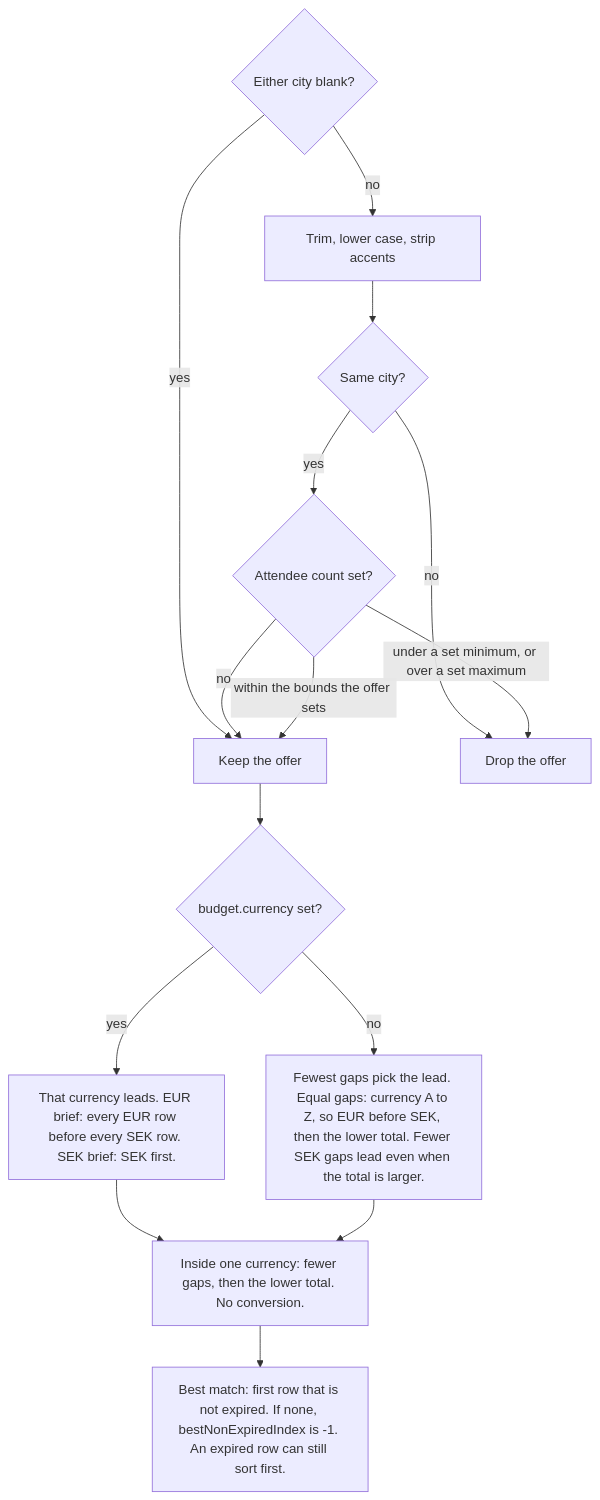
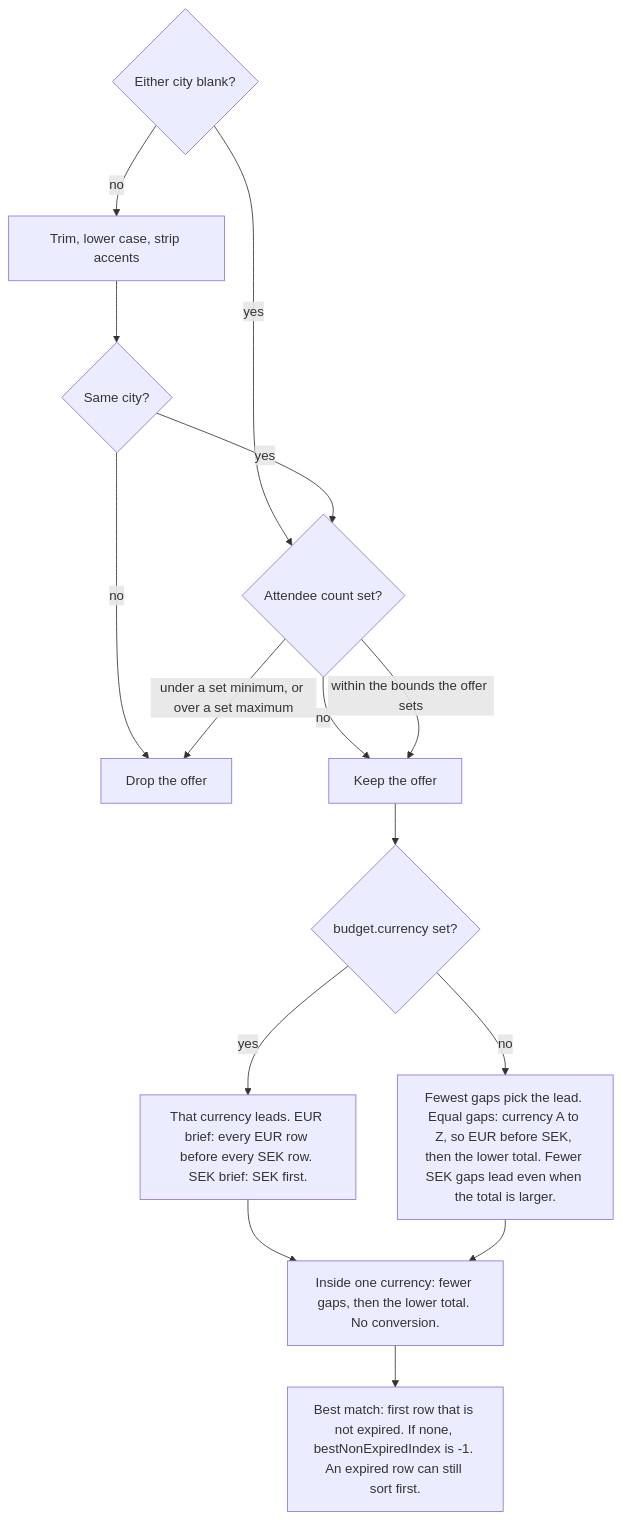
Before and after one commit to p10ns11y/proposales-planner-bench: the sixth of 14 diagrams in planner-bench/docs/ARCHITECTURE.md, drawn with Mermaid. The commit also changed other lines of this file and 11 other files, not shown here.

````diff
--- a/planner-bench/docs/ARCHITECTURE.md
+++ b/planner-bench/docs/ARCHITECTURE.md
@@ -134,18 +120,18 @@
 ```mermaid
 flowchart TD
   city{Either city blank?}
-  city -->|yes| keep[Keep the offer]
+  city -->|yes| people{Attendee count set?}
   city -->|no| fold["Trim, lower case, strip accents"]
   fold --> sameCity{Same city?}
   sameCity -->|no| drop[Drop the offer]
-  sameCity -->|yes| people{Attendee count set?}
-  people -->|no| keep
+  sameCity -->|yes| people
+  people -->|no| keep[Keep the offer]
   people -->|under a set minimum, or over a set maximum| drop
   people -->|within the bounds the offer sets| keep
   keep --> stated{budget.currency set?}
   stated -->|yes| lead["That currency leads. EUR brief: every EUR row before every SEK row. SEK brief: SEK first."]
   stated -->|no| few["Fewest gaps pick the lead. Equal gaps: currency A to Z, so EUR before SEK, then the lower total. Fewer SEK gaps lead even when the total is larger."]
   lead --> inside["Inside one currency: fewer gaps, then the lower total. No conversion."]
   few --> inside
   inside --> best["Best match: first row that is not expired. If none, bestNonExpiredIndex is -1. An expired row can still sort first."]
 ```
````
